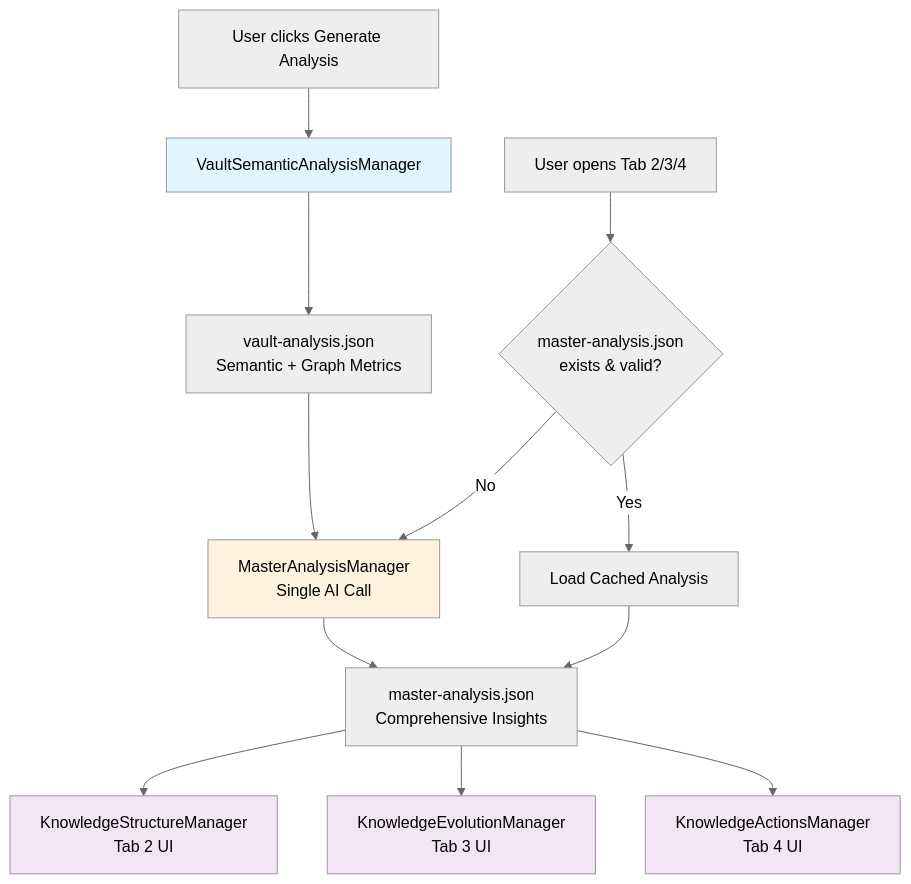
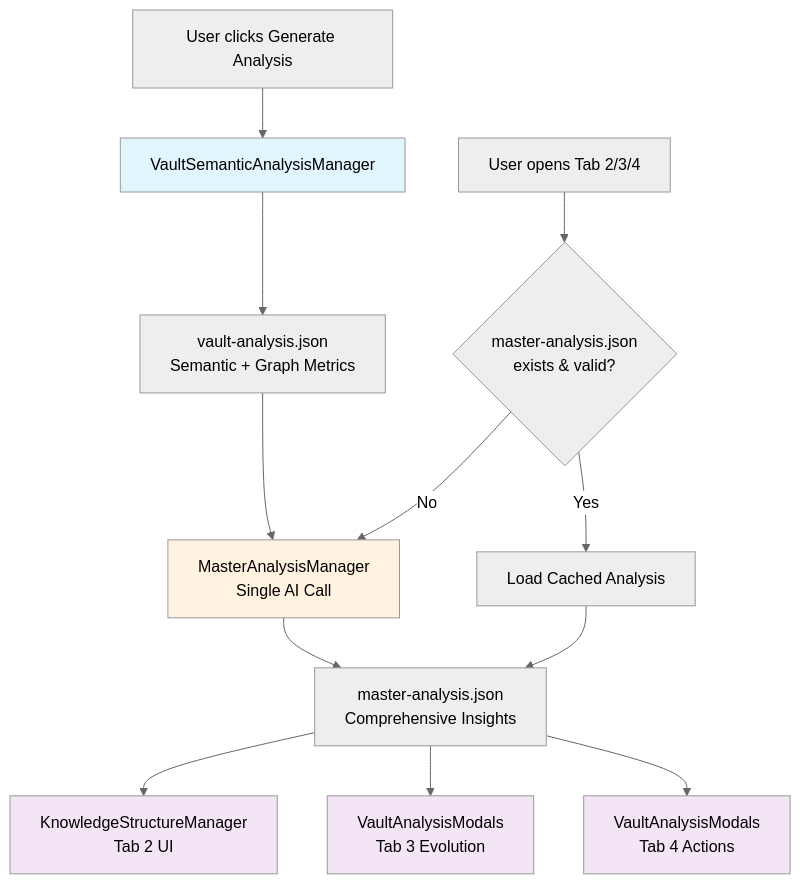
The diagram in src/ai/AI-insights.md (luolanaaTUD/obsidian-graph-analysis), drawn with Mermaid (neutral theme) before and after one commit. The commit also changed other lines of this file and 32 other files, not shown here.

````diff
--- a/src/ai/AI-insights.md
+++ b/src/ai/AI-insights.md
@@ -907,24 +921,24 @@
 ```mermaid
 graph TD
     A[User clicks Generate Analysis] --> B[VaultSemanticAnalysisManager]
     B --> C[vault-analysis.json<br/>Semantic + Graph Metrics]
     
     D[User opens Tab 2/3/4] --> E{master-analysis.json<br/>exists & valid?}
     E -->|No| F[MasterAnalysisManager<br/>Single AI Call]
     E -->|Yes| G[Load Cached Analysis]
     
     F --> H[master-analysis.json<br/>Comprehensive Insights]
     G --> H
     
     H --> I[KnowledgeStructureManager<br/>Tab 2 UI]
-    H --> J[KnowledgeEvolutionManager<br/>Tab 3 UI]  
-    H --> K[KnowledgeActionsManager<br/>Tab 4 UI]
+    H --> J[VaultAnalysisModals<br/>Tab 3 Evolution]
+    H --> K[VaultAnalysisModals<br/>Tab 4 Actions]
     
     C --> F
     
     style B fill:#e1f5fe
     style F fill:#fff3e0
     style I fill:#f3e5f5
     style J fill:#f3e5f5
     style K fill:#f3e5f5
 ```
````
